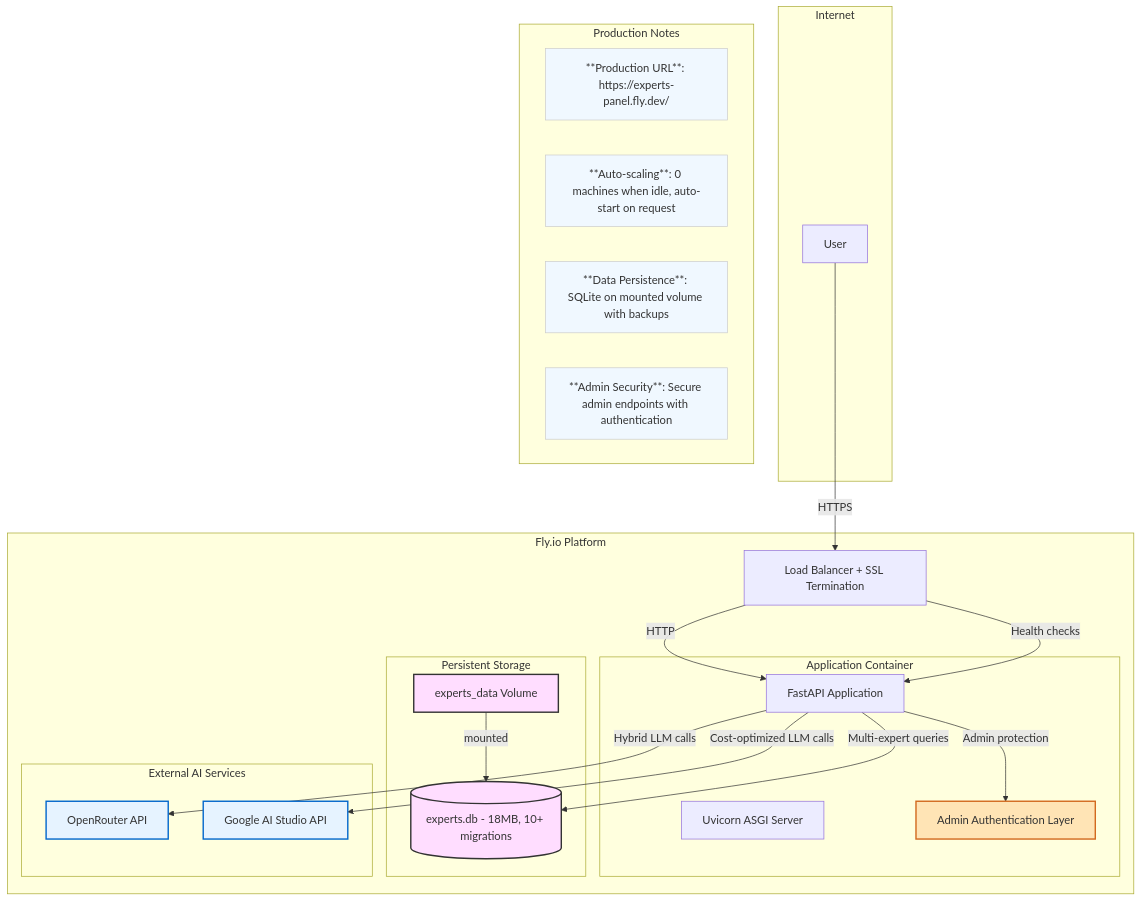
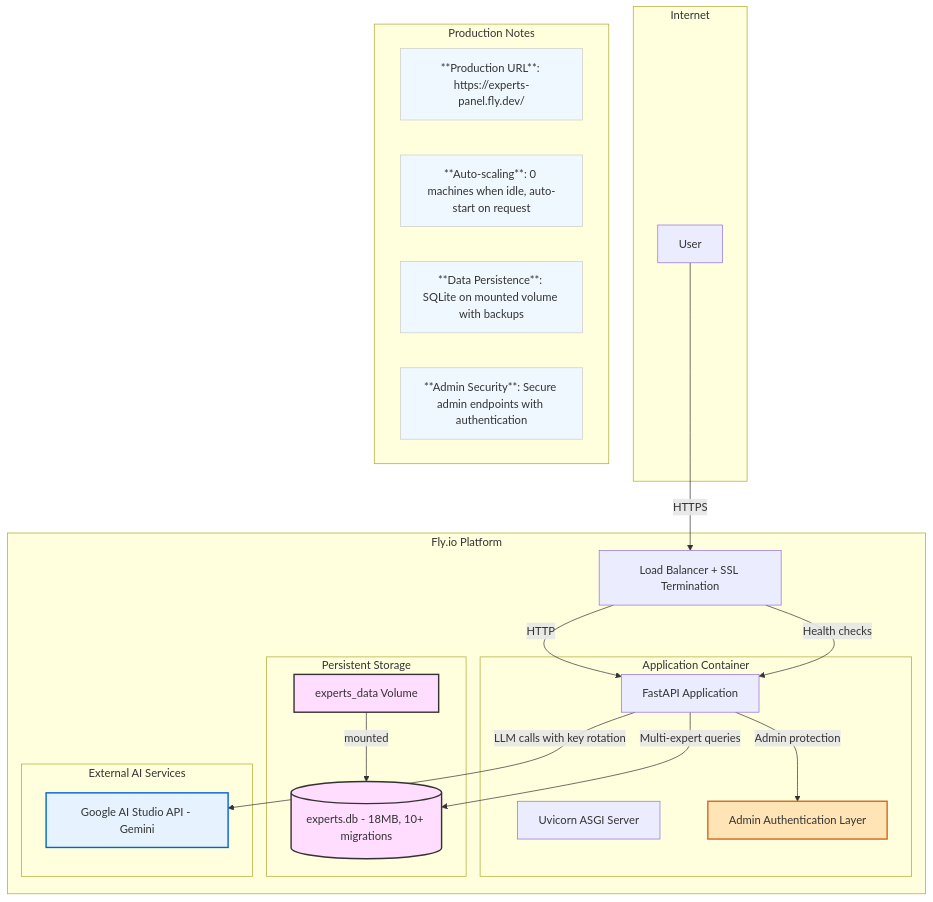
The third of 3 diagrams in README.md (shao3d/Experts_panel), drawn with Mermaid before and after one commit. The commit also changed other lines of this file and 12 other files, not shown here.

First line of the commit message:
docs: sync documentation and code comments with Gemini-only architecture

````diff
--- a/README.md
+++ b/README.md
@@ -91,51 +89,49 @@
 ```mermaid
 graph TD
     subgraph "Internet"
         User[User]
     end
 
     subgraph "Fly.io Platform"
         LB[Load Balancer + SSL Termination]
 
         subgraph "Application Container"
             App[FastAPI Application]
             Uvicorn[Uvicorn ASGI Server]
             AdminLayer[Admin Authentication Layer]
         end
 
         subgraph "Persistent Storage"
             Volume[experts_data Volume]
             DB[(experts.db - 18MB, 10+ migrations)]
             Volume -- mounted --> DB
         end
 
         subgraph "External AI Services"
-            OpenRouter[OpenRouter API]
-            GoogleAI[Google AI Studio API]
+            GoogleAI[Google AI Studio API - Gemini]
         end
     end
 
     User -- HTTPS --> LB
     LB -- HTTP --> App
     App -- Admin protection --> AdminLayer
     App -- Multi-expert queries --> DB
-    App -- Hybrid LLM calls --> OpenRouter
-    App -- Cost-optimized LLM calls --> GoogleAI
+    App -- LLM calls with key rotation --> GoogleAI
     LB -- Health checks --> App
 
     classDef storage fill:#fdf,stroke:#333,stroke-width:2px
     classDef external fill:#e6f3ff,stroke:#0066cc,stroke-width:2px
     classDef note fill:#f0f8ff,stroke:#ccc,stroke-width:1px
     classDef admin fill:#FFE4B5,stroke:#D2691E,stroke-width:2px
     class Volume,DB storage
-    class OpenRouter,GoogleAI external
+    class GoogleAI external
     class AdminLayer admin
 
     subgraph "Production Notes"
         URL[**Production URL**: https://experts-panel.fly.dev/]
         Scale[**Auto-scaling**: 0 machines when idle, auto-start on request]
         Data[**Data Persistence**: SQLite on mounted volume with backups]
         Auth[**Admin Security**: Secure admin endpoints with authentication]
         class URL,Scale,Data,Auth note
     end
 ```
````
